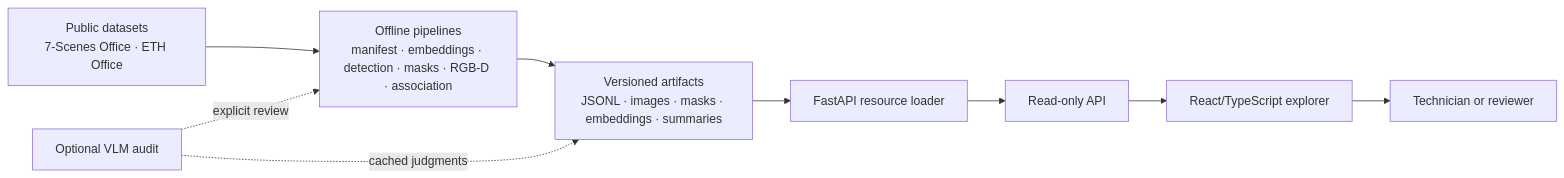
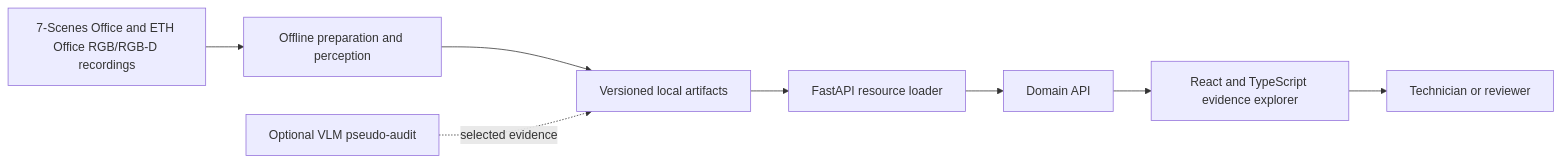
Before and after one commit to madhavpr191221/visual-memory-lab: the first of 2 diagrams in docs/system_design_and_architecture.md, drawn with Mermaid. The commit also changed other lines of this file and 8 other files, not shown here.

````diff
--- a/docs/system_design_and_architecture.md
+++ b/docs/system_design_and_architecture.md
@@ -24,15 +19,14 @@
 ```mermaid
 flowchart LR
-    D[Public datasets\n7-Scenes Office · ETH Office]
-    P[Offline pipelines\nmanifest · embeddings · detection · masks · RGB-D · association]
-    A[Versioned artifacts\nJSONL · images · masks · embeddings · summaries]
+    D[7-Scenes Office and ETH Office RGB/RGB-D recordings]
+    P[Offline preparation and perception]
+    A[Versioned local artifacts]
     F[FastAPI resource loader]
-    API[Read-only API]
-    UI[React/TypeScript explorer]
+    API[Domain API]
+    UI[React and TypeScript evidence explorer]
     U[Technician or reviewer]
-    V[Optional VLM audit]
+    V[Optional VLM pseudo-audit]
 
     D --> P --> A --> F --> API --> UI --> U
-    V -. explicit review .-> P
-    V -. cached judgments .-> A
+    V -. selected evidence .-> A
 ```
````
